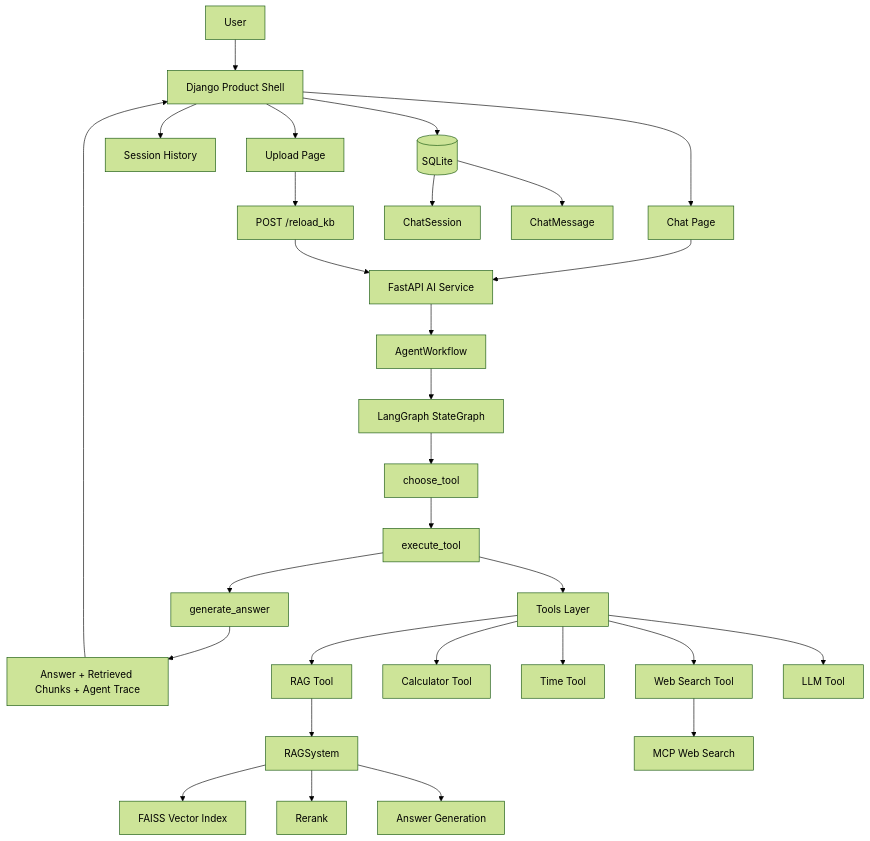
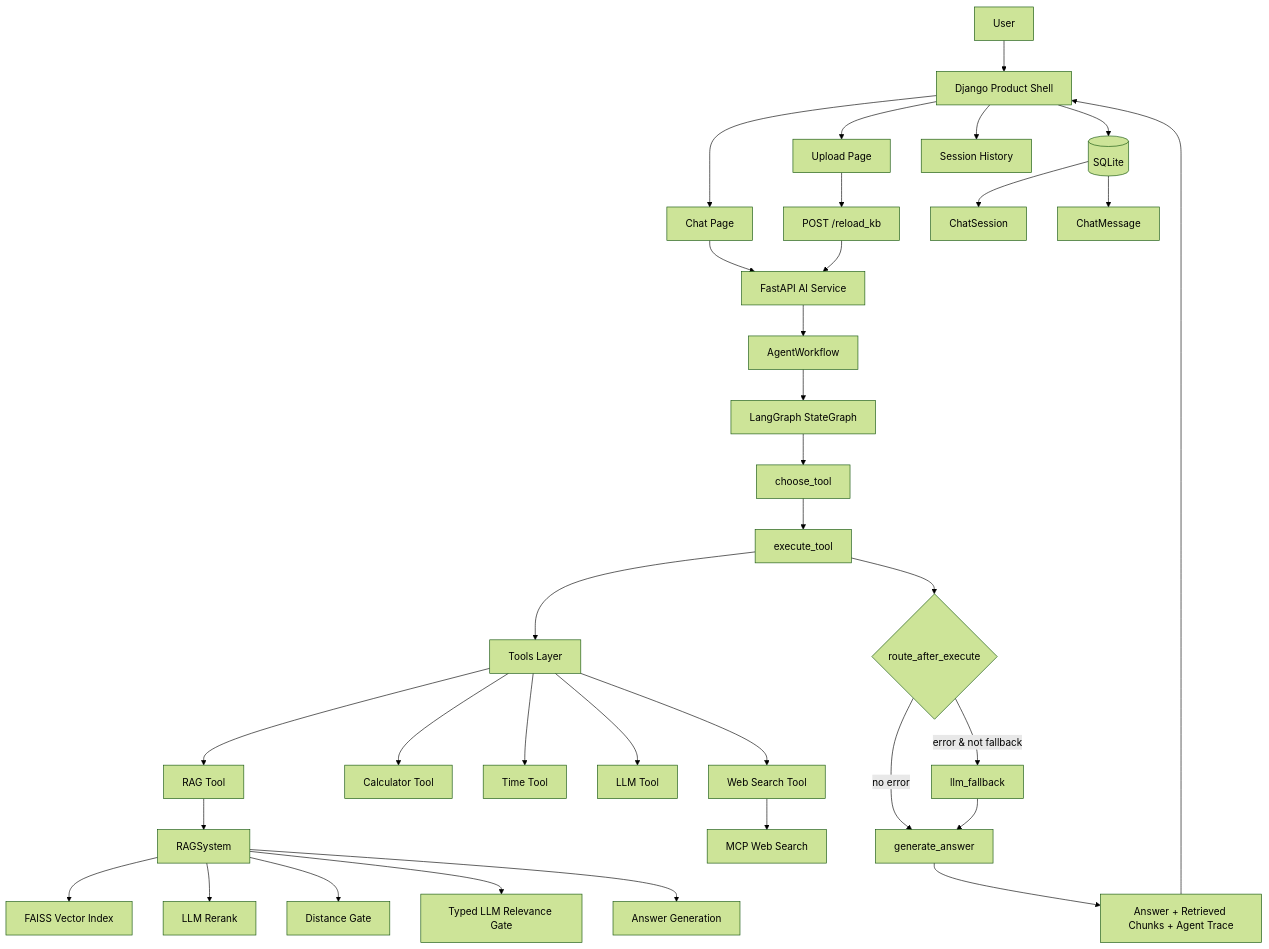
One commit to 1186141415/Paper-RAG-Agent-with-LangGraph changed the first of 3 diagrams in README.md. Above: the diagram before and after it, drawn with Mermaid (forest theme). The commit also changed other lines of this file, not shown here.

````diff
--- a/README.md
+++ b/README.md
@@ -172,39 +177,43 @@
 ```mermaid
-flowchart TD
+flowchart TB
     U[User] --> D[Django Product Shell]
 
     D --> C1[Chat Page]
     D --> C2[Upload Page]
     D --> C3[Session History]
 
     C1 --> API[FastAPI AI Service]
     C2 --> R[POST /reload_kb]
     R --> API
 
     API --> W[AgentWorkflow]
     W --> G[LangGraph StateGraph]
-
     G --> N1[choose_tool]
     N1 --> N2[execute_tool]
-    N2 --> N3[generate_answer]
+    N2 --> TL[Tools Layer]
+    N2 --> N2R{route_after_execute}
+    N2R -->|no error| N3[generate_answer]
+    N2R -->|error & not fallback| N4[llm_fallback]
+    N4 --> N3
     N3 --> RESP[Answer + Retrieved Chunks + Agent Trace]
     RESP --> D
 
-    N2 --> TL[Tools Layer]
     TL --> T1[RAG Tool]
     TL --> T2[Calculator Tool]
     TL --> T3[Time Tool]
+    TL --> T5[LLM Tool]
     TL --> T4[Web Search Tool]
-    TL --> T5[LLM Tool]
 
     T1 --> RS[RAGSystem]
+    T4 --> MCP[MCP Web Search]
+
     RS --> F[FAISS Vector Index]
-    RS --> RR[Rerank]
+    RS --> RR[LLM Rerank]
+    RS --> CS[Distance Gate]
+    RS --> CR[Typed LLM Relevance Gate]
     RS --> A[Answer Generation]
-
-    T4 --> MCP[MCP Web Search]
 
     D --> DB[(SQLite)]
     DB --> S1[ChatSession]
     DB --> S2[ChatMessage]
 ```
````
